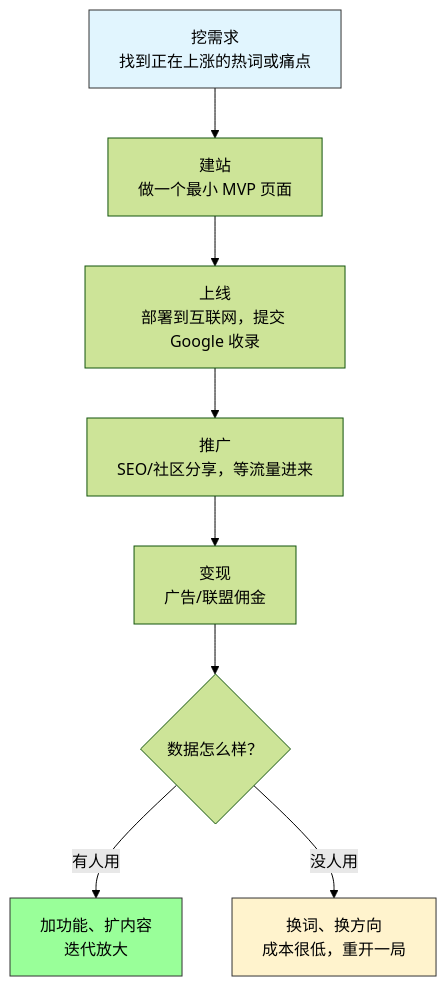
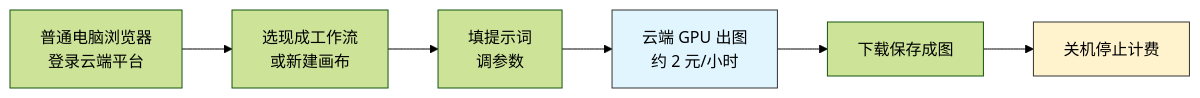
The second of 4 diagrams in docs/book/ch29.md (OpenDocCN1/flygon-dahanghai), drawn with Mermaid (forest theme) before and after one commit. The commit also changed other lines of this file and 1 other file, not shown here.

````diff
--- a/docs/book/ch29.md
+++ b/docs/book/ch29.md
@@ -77,13 +60,10 @@
 ```mermaid
-graph TD
-    A[挖需求<br>找到正在上涨的热词或痛点] --> B[建站<br>做一个最小 MVP 页面]
-    B --> C[上线<br>部署到互联网，提交 Google 收录]
-    C --> D[推广<br>SEO/社区分享，等流量进来]
-    D --> E[变现<br>广告/联盟佣金]
-    E --> F{数据怎么样？}
-    F -->|有人用| G[加功能、扩内容<br>迭代放大]
-    F -->|没人用| H[换词、换方向<br>成本很低，重开一局]
-    style A fill:#e1f5fe,stroke:#333
-    style G fill:#9f9,stroke:#333
-    style H fill:#fff3cd,stroke:#333
+graph LR
+    A[普通电脑浏览器<br>登录云端平台] --> B[选现成工作流<br>或新建画布]
+    B --> C[填提示词<br>调参数]
+    C --> D[云端 GPU 出图<br>约 2 元/小时]
+    D --> E[下载保存成图]
+    E --> F[关机停止计费]
+    style D fill:#e1f5fe,stroke:#333
+    style F fill:#fff3cd,stroke:#333
 ```
````
